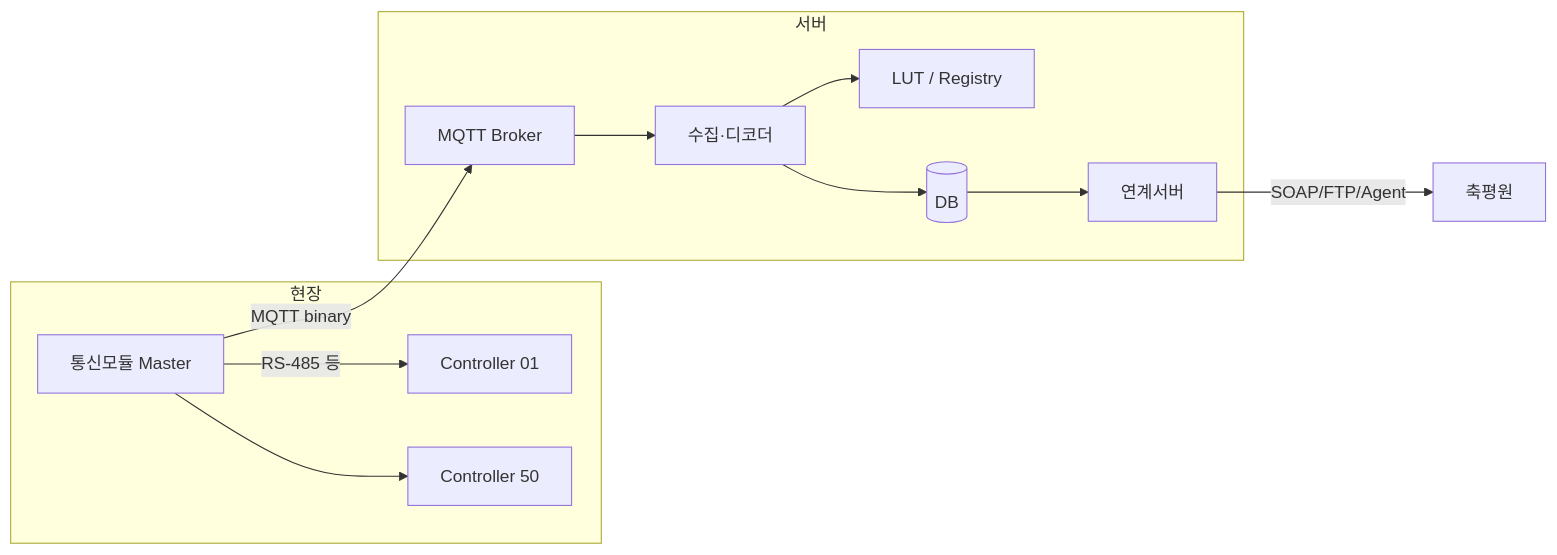
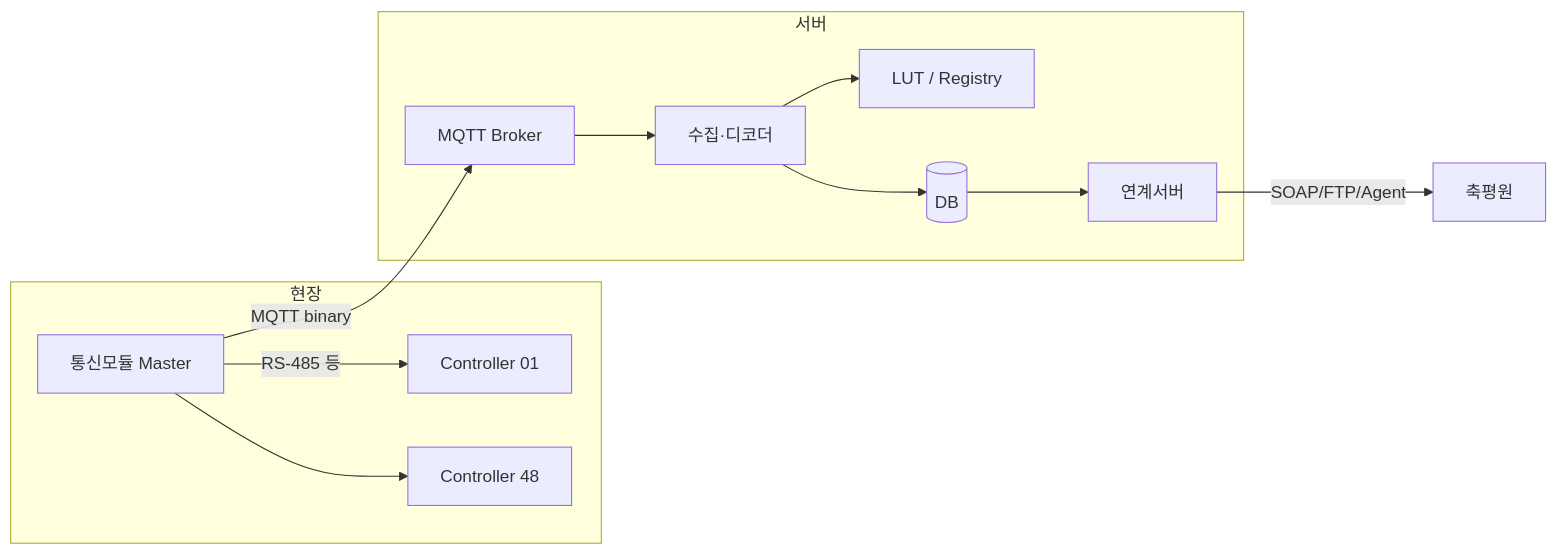
The first of 2 diagrams in 데이터폼 정책문서.md (SIJackLee/dashboard), drawn with Mermaid before and after one commit. The commit also changed other lines of this file and 184 other files, not shown here.

````diff
--- a/데이터폼 정책문서.md
+++ b/데이터폼 정책문서.md
@@ -30,23 +29,23 @@
 ```mermaid
 flowchart LR
   subgraph field [현장]
     CM[통신모듈 Master]
     C1[Controller 01]
-    C50[Controller 50]
+    C48[Controller 48]
     CM -->|RS-485 등| C1
-    CM --> C50
+    CM --> C48
   end
   subgraph cloud [서버]
     MQTT[MQTT Broker]
     RX[수집·디코더]
     LUT[LUT / Registry]
     DB[(DB)]
     AG[연계서버]
     RX --> LUT
     RX --> DB
     DB --> AG
   end
   CM -->|MQTT binary| MQTT
   MQTT --> RX
   AG -->|SOAP/FTP/Agent| EKAPE[축평원]
 ```
````
